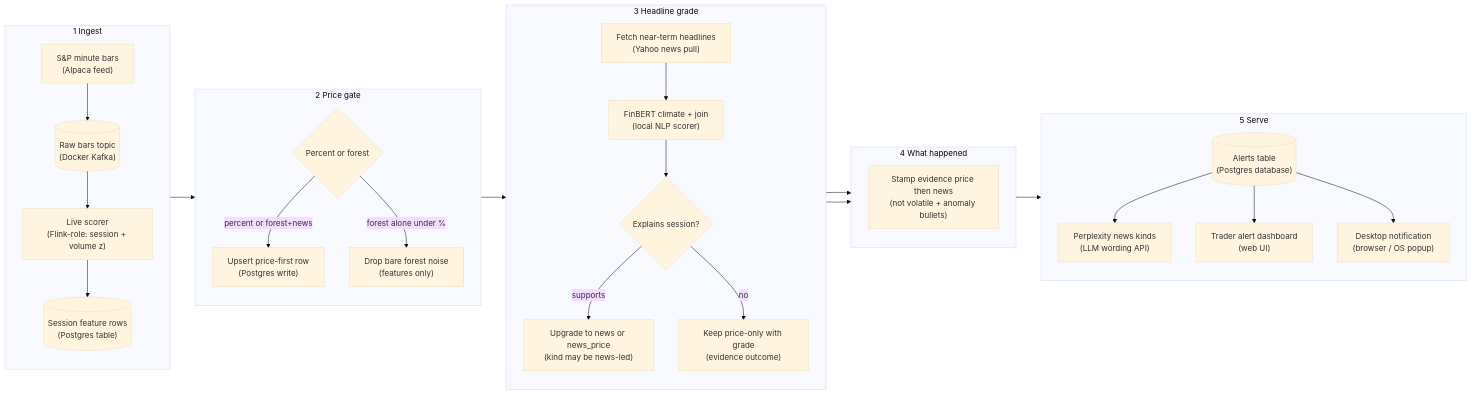
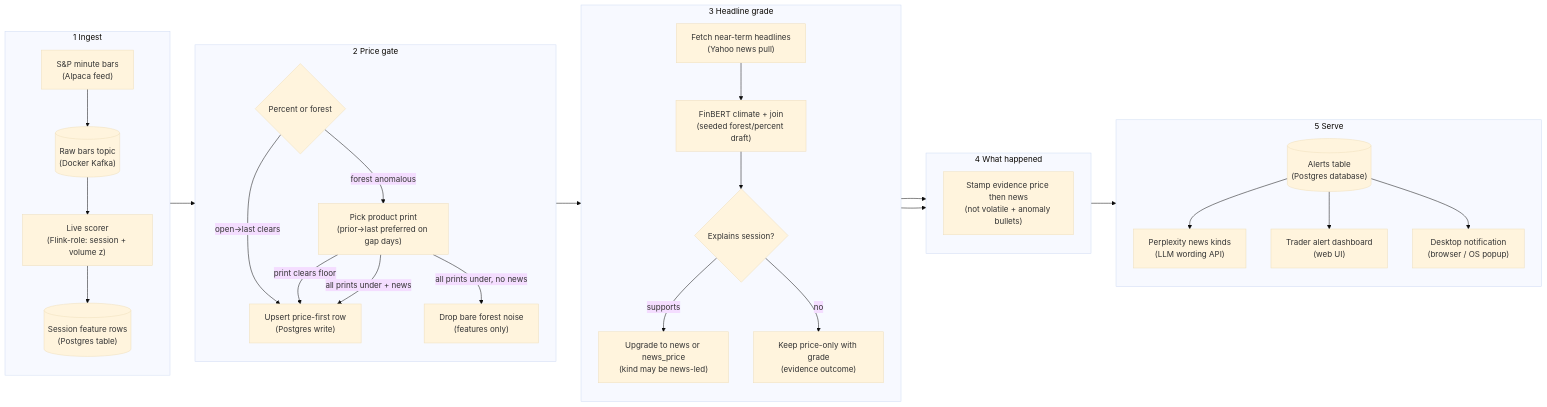
Before and after one commit to sameerde4/ticker-alert-system: diagram 11 of 12 in docs/architecture.md, drawn with Mermaid (base theme). The commit also changed other lines of this file and 2 other files, not shown here.

First line of the commit message:
Document forest gap product prints and under-floor rules.

````diff
--- a/docs/architecture.md
+++ b/docs/architecture.md
@@ -556,39 +560,42 @@
 ```mermaid
 flowchart LR
     subgraph ingest [1 Ingest]
         direction TB
         MKT["S&P minute bars<br/>(Alpaca feed)"] --> KT[("Raw bars topic<br/>(Docker Kafka)")]
         KT --> SCORE["Live scorer<br/>(Flink-role: session + volume z)"]
         SCORE --> FEATSTORE[("Session feature rows<br/>(Postgres table)")]
     end
 
     subgraph gate [2 Price gate]
         direction TB
         SCORE --> GATE{Percent or forest}
-        GATE -->|percent or forest+news| PRICE["Upsert price-first row<br/>(Postgres write)"]
-        GATE -->|forest alone under %| DROP["Drop bare forest noise<br/>(features only)"]
+        GATE -->|open→last clears| PRICE["Upsert price-first row<br/>(Postgres write)"]
+        GATE -->|forest anomalous| PRINT["Pick product print<br/>(prior→last preferred on gap days)"]
+        PRINT -->|print clears floor| PRICE
+        PRINT -->|all prints under + news| PRICE
+        PRINT -->|all prints under, no news| DROP["Drop bare forest noise<br/>(features only)"]
     end
 
     subgraph news [3 Headline grade]
         direction TB
         PRICE --> NEWSLOOK["Fetch near-term headlines<br/>(Yahoo news pull)"]
-        NEWSLOOK --> FINBERT["FinBERT climate + join<br/>(local NLP scorer)"]
+        NEWSLOOK --> FINBERT["FinBERT climate + join<br/>(seeded forest/percent draft)"]
         FINBERT --> SLICE{Explains session?}
         SLICE -->|supports| UPGRADE["Upgrade to news or news_price<br/>(kind may be news-led)"]
         SLICE -->|no| KEEP["Keep price-only with grade<br/>(evidence outcome)"]
     end
 
     subgraph story [4 What happened]
         direction TB
         UPGRADE --> EVID["Stamp evidence price then news<br/>(not volatile + anomaly bullets)"]
         KEEP --> EVID
     end
 
     subgraph out [5 Serve]
         direction TB
         EVID --> PG[("Alerts table<br/>(Postgres database)")]
         PG --> PPLX["Perplexity news kinds<br/>(LLM wording API)"]
         PG --> DASH["Trader alert dashboard<br/>(web UI)"]
         PG --> NOTIFY["Desktop notification<br/>(browser / OS popup)"]
     end
 ```
````
